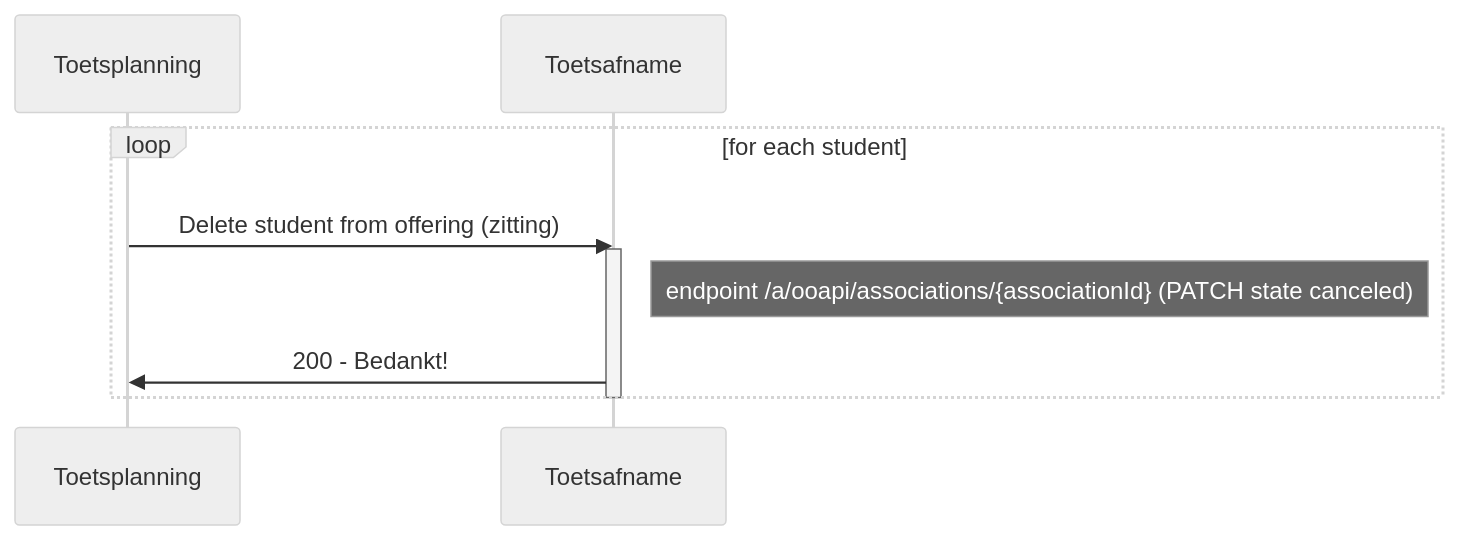
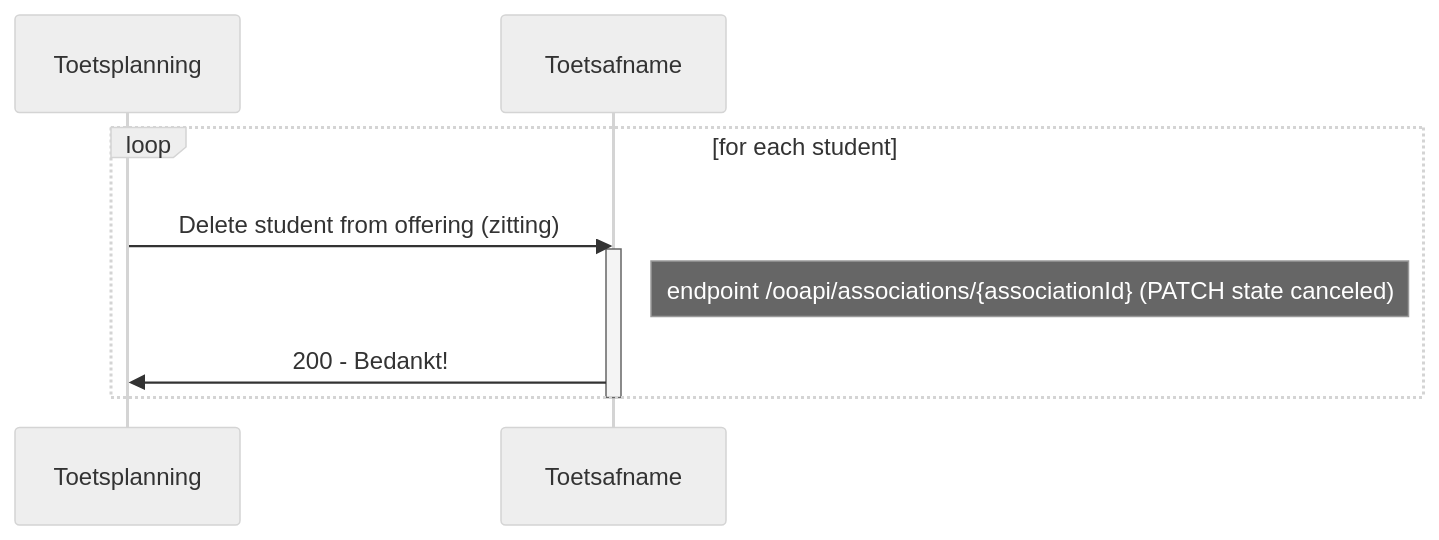
One commit to NetwerkExamineringDigitalisering/NED-OOAPI changed the sixth of 10 diagrams in doc/flow2.md. Above: the diagram before and after it, drawn with Mermaid (neutral theme). The commit also changed other lines of this file and 4 other files, not shown here.

````diff
--- a/doc/flow2.md
+++ b/doc/flow2.md
@@ -332,10 +336,10 @@
 ```mermaid
 sequenceDiagram
     loop for each student
         Toetsplanning->>Toetsafname: Delete student from offering (zitting)
         activate Toetsafname
-        Note right of Toetsafname: endpoint /a/ooapi/associations/{associationId} (PATCH state canceled)
+        Note right of Toetsafname: endpoint /ooapi/associations/{associationId} (PATCH state canceled)
         Toetsafname->>Toetsplanning: 200 - Bedankt!
     end
     deactivate Toetsafname
 ```
````
